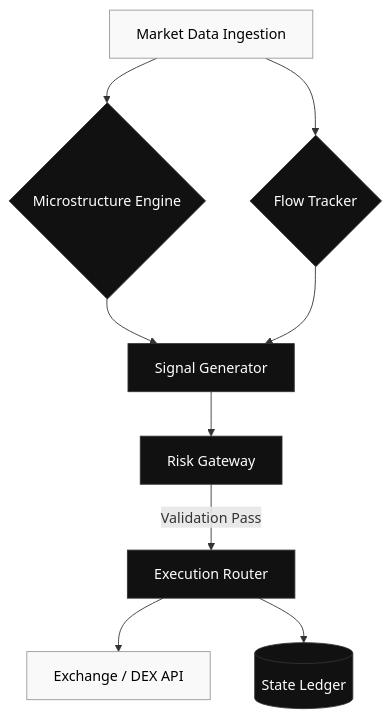
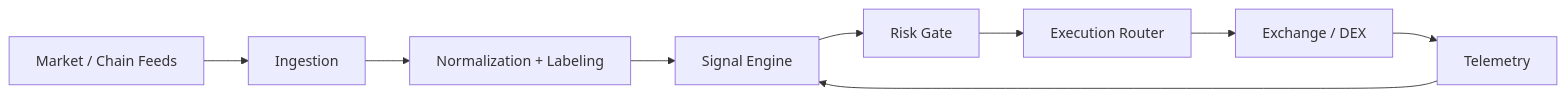
Before and after one commit to FranklinNexus/FranklinNexus: the diagram in README.md, drawn with Mermaid. The commit also changed other lines of this file, not shown here.

````diff
--- a/README.md
+++ b/README.md
@@ -35,14 +35,11 @@
 ```mermaid
-graph TD
-    classDef core fill:#111,stroke:#333,stroke-width:1px,color:#fff;
-    classDef external fill:#f9f9f9,stroke:#999,stroke-width:1px,color:#000;
-
-    A[Market Data Ingestion]:::external --> B{Microstructure Engine}:::core
-    A --> C{Flow Tracker}:::core
-    B --> D[Signal Generator]:::core
-    C --> D
-    D --> E[Risk Gateway]:::core
-    E -->|Validation Pass| F[Execution Router]:::core
-    F --> G[Exchange / DEX API]:::external
-    F --> H[(State Ledger)]:::core
+flowchart LR
+    A[Market / Chain Feeds] --> B[Ingestion]
+    B --> C[Normalization + Labeling]
+    C --> D[Signal Engine]
+    D --> E[Risk Gate]
+    E --> F[Execution Router]
+    F --> G[Exchange / DEX]
+    G --> H[Telemetry]
+    H --> D
 ```
````
